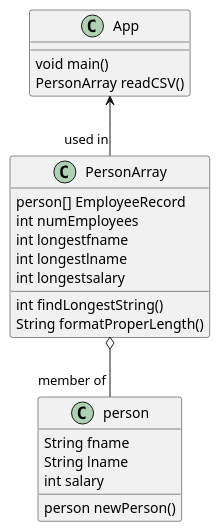
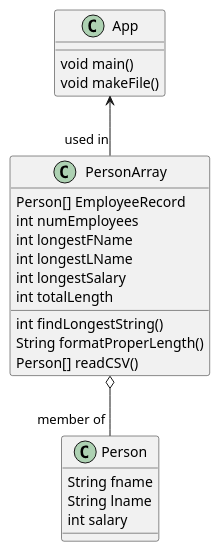
Before and after one commit to kieran-l-jimenez/jimenez-cop3330-assignment3: the diagram in src/main/java/ex42/ex42-ClassDiagram.puml, drawn with PlantUML. The commit also changed 9 other files, not shown here.

```diff
--- a/src/main/java/ex42/ex42-ClassDiagram.puml
+++ b/src/main/java/ex42/ex42-ClassDiagram.puml
@@ -1,29 +1,31 @@
 @startuml
 'https://plantuml.com/class-diagram
 
 class App {
 void main()
-PersonArray readCSV()
+void makeFile()
 }
 
 App <--"used in" PersonArray
-PersonArray o--"member of" person
+PersonArray o--"member of" Person
 
 class PersonArray {
-person[] EmployeeRecord
+Person[] EmployeeRecord
 int numEmployees
-int longestfname
-int longestlname
-int longestsalary
+int longestFName
+int longestLName
+int longestSalary
+int totalLength
+
 int findLongestString()
 String formatProperLength()
+Person[] readCSV()
 }
 
-class person {
+class Person {
 String fname
 String lname
 int salary
-person newPerson()
 }
 
 @enduml
```
